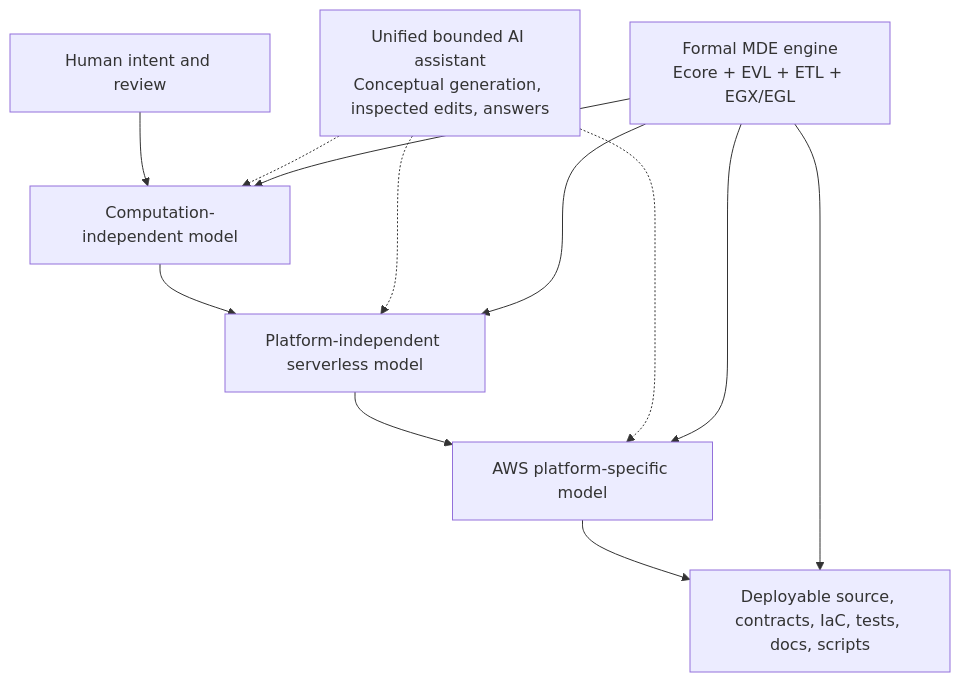
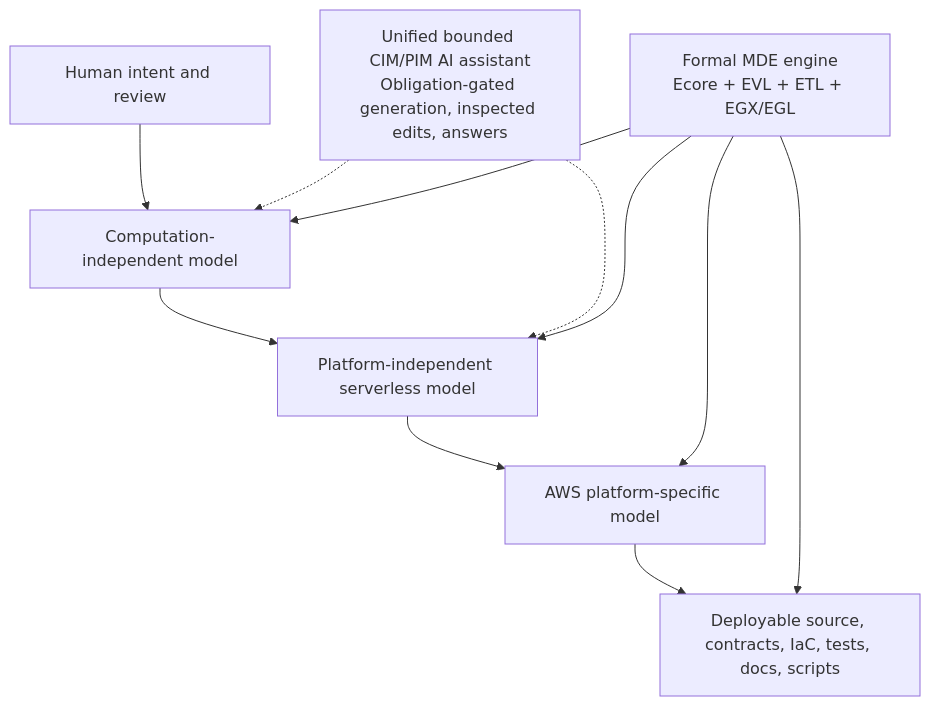
The second of 2 diagrams in docs/diagrams/01-c4-system-context.md (mehdieidi/modriss), drawn with Mermaid before and after one commit. The commit also changed 52 other files, not shown here.

First line of the commit message:
test(ai): add tests for agent action schema and turn loop behavior and update docs

````diff
--- a/docs/diagrams/01-c4-system-context.md
+++ b/docs/diagrams/01-c4-system-context.md
@@ -27,19 +27,18 @@
 ```mermaid
 flowchart TB
     intent["Human intent and review"]
     cim["Computation-independent model"]
     pim["Platform-independent serverless model"]
     psm["AWS platform-specific model"]
     artifacts["Deployable source, contracts, IaC, tests, docs, scripts"]
-    assistant["Unified bounded AI assistant<br/>Conceptual generation, inspected edits, answers"]
+    assistant["Unified bounded CIM/PIM AI assistant<br/>Obligation-gated generation, inspected edits, answers"]
     formal["Formal MDE engine<br/>Ecore + EVL + ETL + EGX/EGL"]
 
     intent --> cim --> pim --> psm --> artifacts
     assistant -.-> cim
     assistant -.-> pim
-    assistant -.-> psm
     formal --> cim
     formal --> pim
     formal --> psm
     formal --> artifacts
 ```
````
